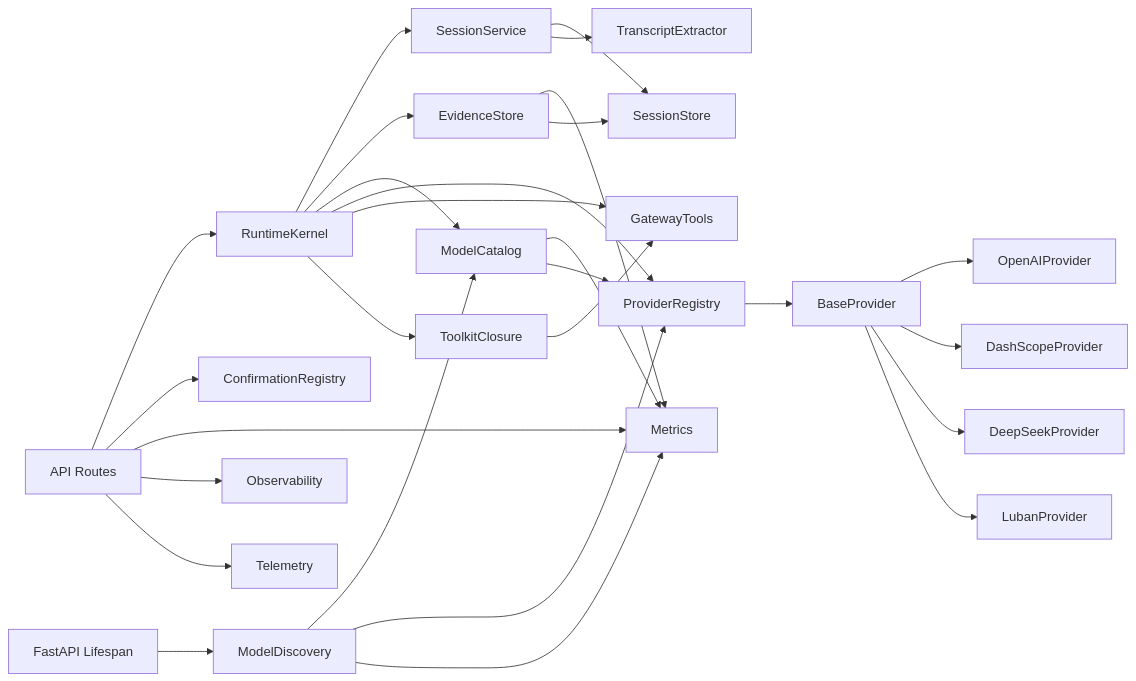
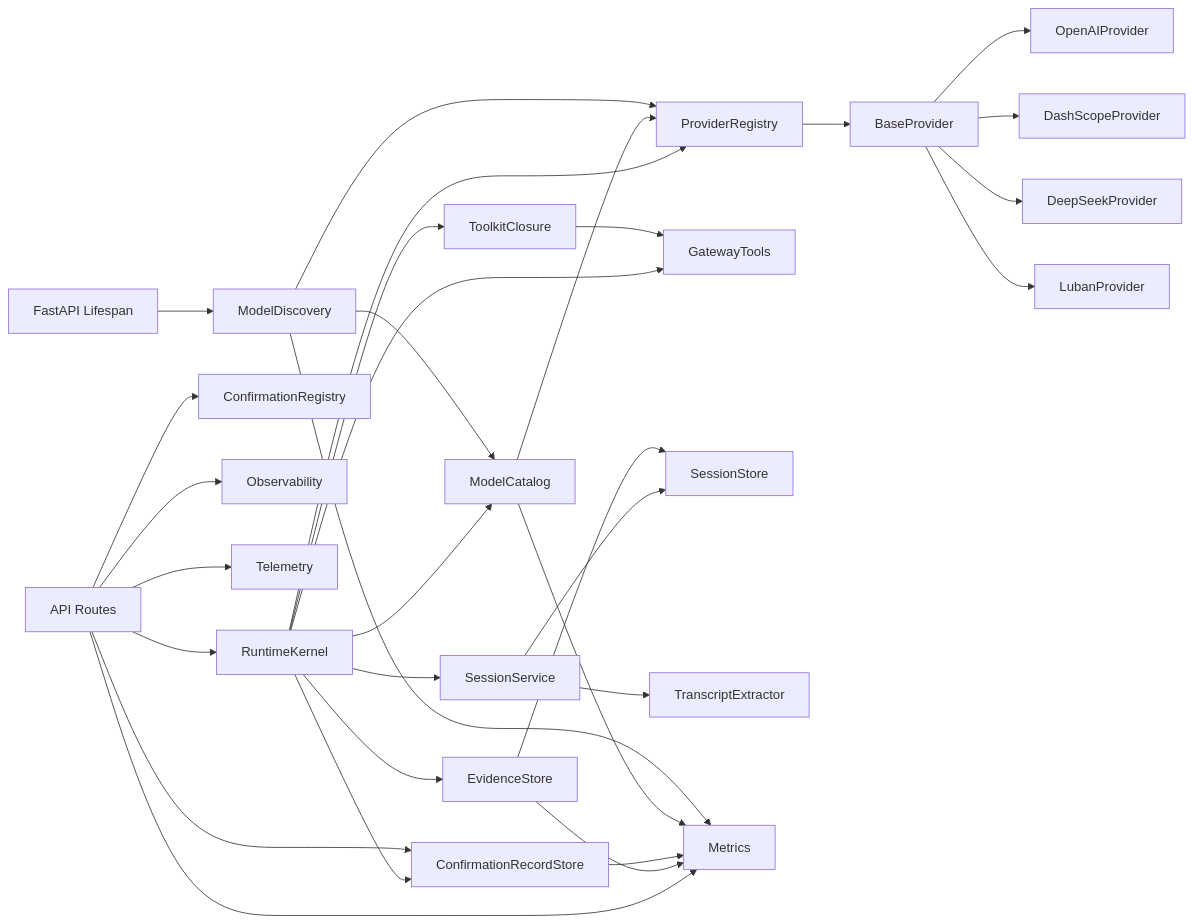
One commit to metasync/luban-aiops changed diagram 32 of 32 in .qoder/repowiki/en/content/Agent Platform Service/Agent Platform Service.md. Above: the diagram before and after it, drawn with Mermaid. The commit also changed other lines of this file and 6 other files, not shown here.

````diff
--- a/.qoder/repowiki/en/content/Agent Platform Service/Agent Platform Service.md
+++ b/.qoder/repowiki/en/content/Agent Platform Service/Agent Platform Service.md
@@ -1702,30 +1921,33 @@
 ```mermaid
 graph LR
 API["API Routes"] --> Kernel["RuntimeKernel"]
 Kernel --> Session["SessionService"]
 Kernel --> Evidence["EvidenceStore"]
+Kernel --> ConfirmStore["ConfirmationRecordStore"]
 Kernel --> ModelCat["ModelCatalog"]
 Kernel --> Registry["ProviderRegistry"]
 Kernel --> Tools["GatewayTools"]
 Kernel --> Closure["ToolkitClosure"]
 Registry --> Base["BaseProvider"]
 Base --> OpenAI["OpenAIProvider"]
 Base --> DashScope["DashScopeProvider"]
 Base --> DeepSeek["DeepSeekProvider"]
 Base --> Luban["LubanProvider"]
 Session --> Store["SessionStore"]
 Session --> Transcript["TranscriptExtractor"]
 API --> HITL["ConfirmationRegistry"]
+API --> ConfirmStore
 API --> Metrics["Metrics"]
 API --> Obs["Observability"]
 API --> Tel["Telemetry"]
 Closure --> Tools
 Evidence --> Metrics
 Evidence --> Store
+ConfirmStore --> Metrics
 ModelCat --> Metrics
 ModelCat --> Registry
 ModelDisc["ModelDiscovery"] --> ModelCat
 ModelDisc --> Registry
 ModelDisc --> Metrics
 Lifespan["FastAPI Lifespan"] --> ModelDisc
 ```
````
